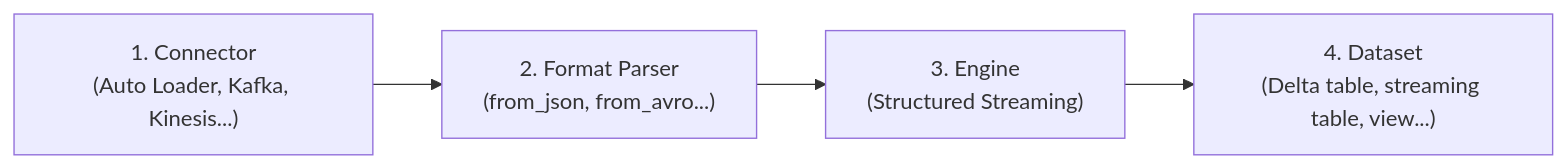
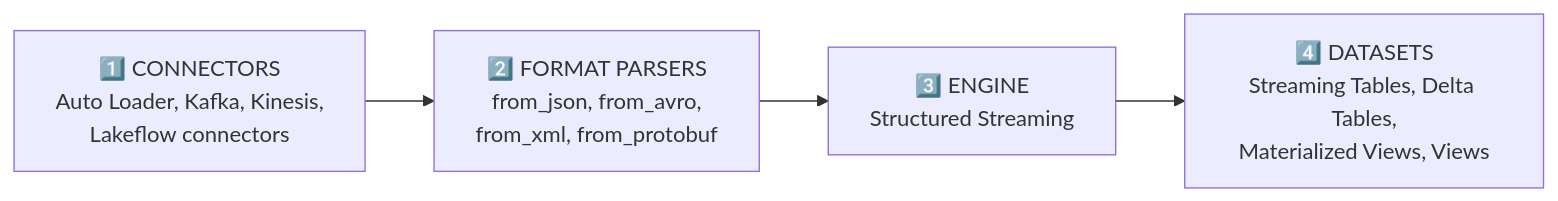
One commit to Panther010/learning changed the second of 3 diagrams in Documents/Theory_and_concepts/databricks/databricks.md. Above: the diagram before and after it, drawn with Mermaid. The commit also changed other lines of this file and 2 other files, not shown here.

Commit message:
Auto-commit for databricks and lakeflow details on 2026-08-13 11:58:28

````diff
--- a/Documents/Theory_and_concepts/databricks/databricks.md
+++ b/Documents/Theory_and_concepts/databricks/databricks.md
@@ -124,6 +155,6 @@
 ```mermaid
 flowchart LR
-    A["1. Connector<br/>(Auto Loader, Kafka, Kinesis...)"] --> B["2. Format Parser<br/>(from_json, from_avro...)"]
-    B --> C["3. Engine<br/>(Structured Streaming)"]
-    C --> D["4. Dataset<br/>(Delta table, streaming table, view...)"]
+    A["1️⃣ CONNECTORS<br/>Auto Loader, Kafka, Kinesis,<br/>Lakeflow connectors"] --> B["2️⃣ FORMAT PARSERS<br/>from_json, from_avro,<br/>from_xml, from_protobuf"]
+    B --> C["3️⃣ ENGINE<br/>Structured Streaming"]
+    C --> D["4️⃣ DATASETS<br/>Streaming Tables, Delta Tables,<br/>Materialized Views, Views"]
 ```
````
